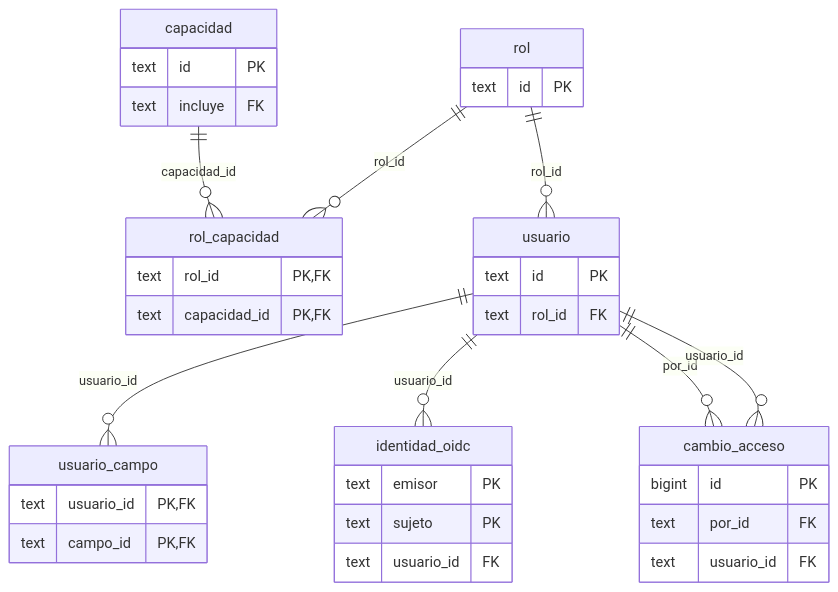
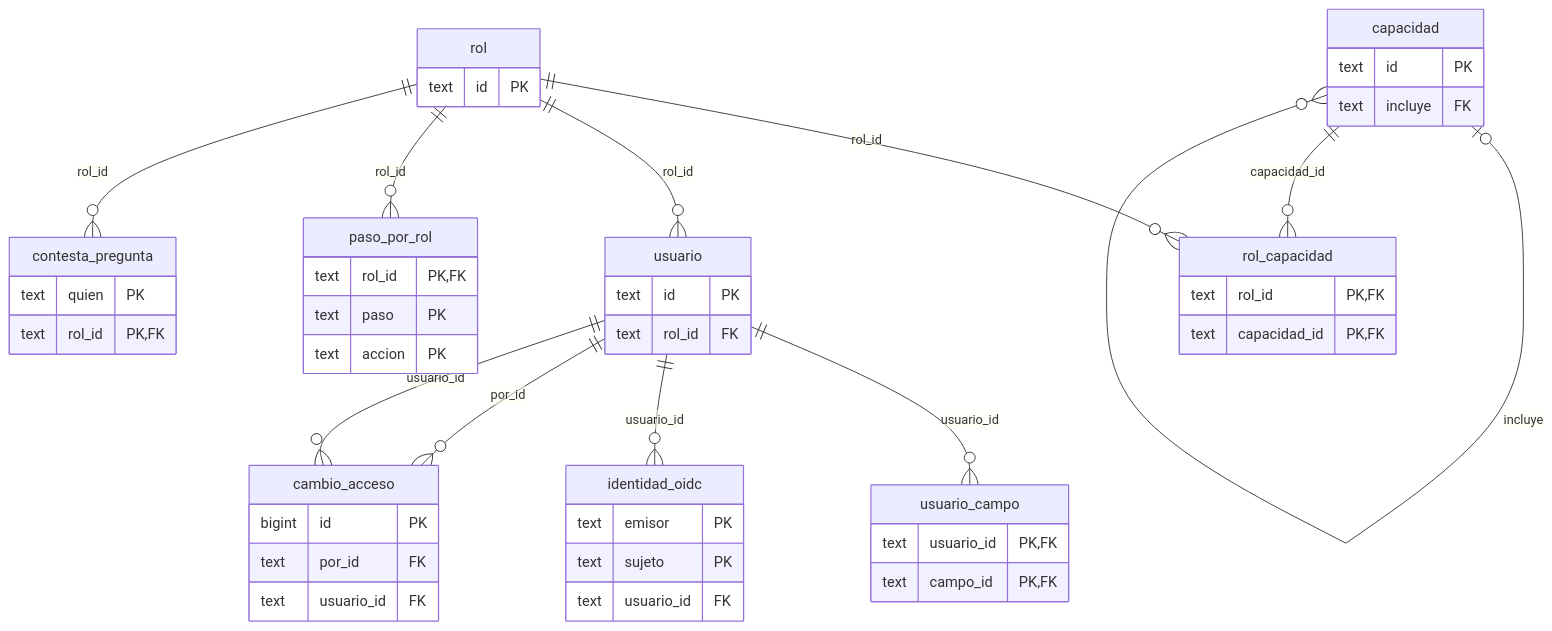
The seventh of 10 diagrams in docs/backend/03-modelo-de-datos.md (Hollman18/trim-hidrocarburos), drawn with Mermaid before and after one commit. The commit also changed other lines of this file and 267 other files, not shown here.

````diff
--- a/docs/backend/03-modelo-de-datos.md
+++ b/docs/backend/03-modelo-de-datos.md
@@ -1294,39 +1398,51 @@
 ```mermaid
 erDiagram
   rol {
     text id PK
   }
   capacidad {
     text id PK
     text incluye FK
   }
   rol_capacidad {
     text rol_id PK, FK
     text capacidad_id PK, FK
   }
   usuario {
     text id PK
     text rol_id FK
   }
   usuario_campo {
     text usuario_id PK, FK
     text campo_id PK, FK
   }
   identidad_oidc {
     text emisor PK
     text sujeto PK
     text usuario_id FK
   }
   cambio_acceso {
     bigint id PK
     text por_id FK
     text usuario_id FK
   }
+  paso_por_rol {
+    text rol_id PK, FK
+    text paso PK
+    text accion PK
+  }
+  contesta_pregunta {
+    text quien PK
+    text rol_id PK, FK
+  }
+  capacidad |o--o{ capacidad : "incluye"
   capacidad ||--o{ rol_capacidad : "capacidad_id"
   rol ||--o{ rol_capacidad : "rol_id"
   rol ||--o{ usuario : "rol_id"
   usuario ||--o{ usuario_campo : "usuario_id"
   usuario ||--o{ identidad_oidc : "usuario_id"
   usuario ||--o{ cambio_acceso : "por_id"
   usuario ||--o{ cambio_acceso : "usuario_id"
+  rol ||--o{ paso_por_rol : "rol_id"
+  rol ||--o{ contesta_pregunta : "rol_id"
 ```
````
